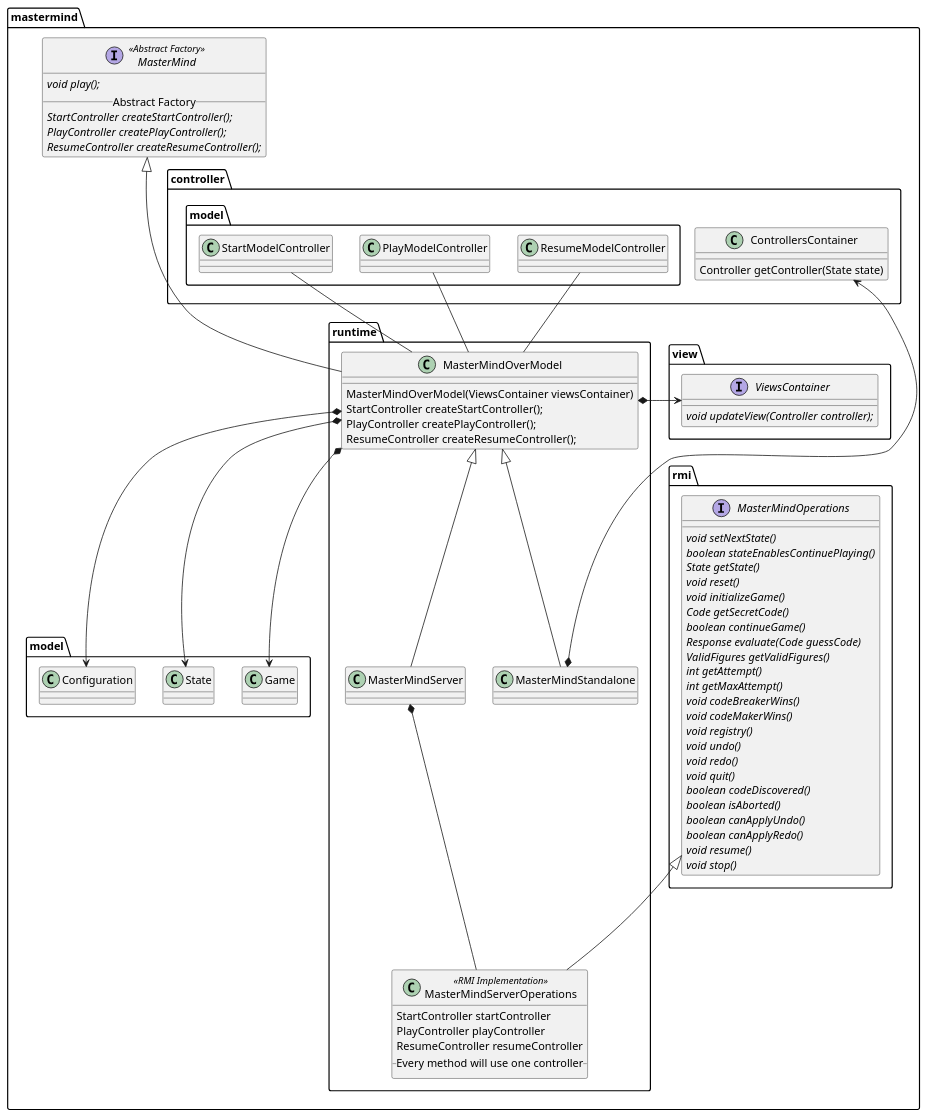
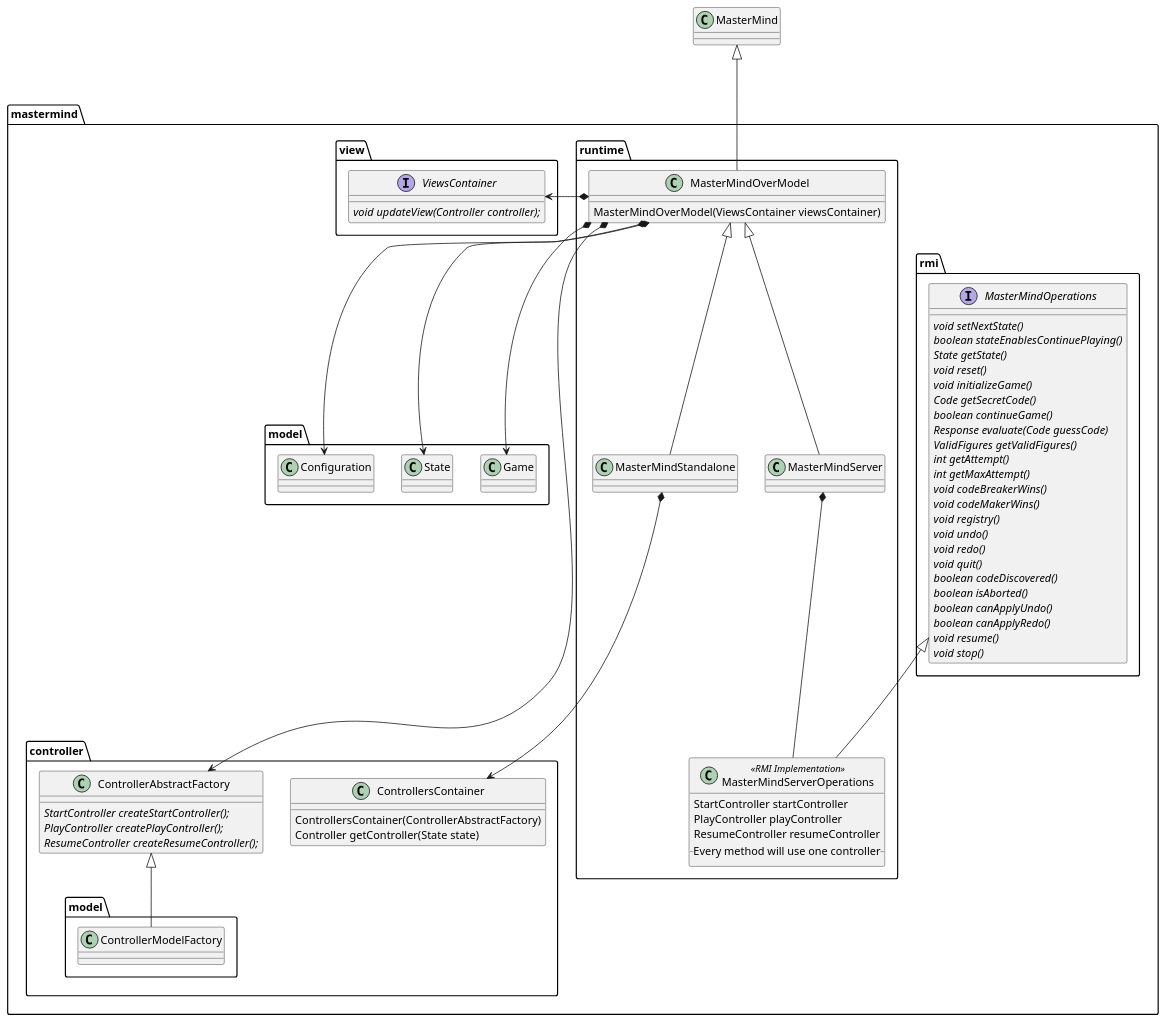
One commit to ciscoruiz/mastermind changed the diagram in doc/mastermind.runtime.overmodel.puml. Above: the diagram before and after it, drawn with PlantUML. The commit also changed 1 other file, not shown here.

Commit message:
Include ControllerAbstract factory into mastermind.runtime diagram

```diff
--- a/doc/mastermind.runtime.overmodel.puml
+++ b/doc/mastermind.runtime.overmodel.puml
@@ -1,106 +1,92 @@
 @startuml
 
-package mastermind {
-   interface MasterMind  <<Abstract Factory>>  {
-      {abstract}void play();
-      __Abstract Factory__
+package mastermind.controller {
+   class ControllersContainer {
+      ControllersContainer(ControllerAbstractFactory)
+      Controller getController(State state)
+   }
+
+   class ControllerAbstractFactory {
       {abstract}StartController createStartController();
       {abstract}PlayController createPlayController();
       {abstract}ResumeController createResumeController();
    }
-}
 
-package mastermind.controller {
-   class ControllersContainer {
-      Controller getController(State state)
+   package model {
+      class ControllerModelFactory
    }
+
+   ControllerAbstractFactory <|-- ControllerModelFactory
 }
 
 package mastermind.rmi {
    interface MasterMindOperations {
        {abstract}void setNextState()
        {abstract}boolean stateEnablesContinuePlaying()
        {abstract}State getState()
        {abstract}void reset()
        {abstract}void initializeGame()
        {abstract}Code getSecretCode()
        {abstract}boolean continueGame()
        {abstract}Response evaluate(Code guessCode)
        {abstract}ValidFigures getValidFigures()
        {abstract}int getAttempt()
        {abstract}int getMaxAttempt()
        {abstract}void codeBreakerWins()
        {abstract}void codeMakerWins()
        {abstract}void registry()
        {abstract}void undo()
        {abstract}void redo()
        {abstract}void quit()
        {abstract}boolean codeDiscovered()
        {abstract}boolean isAborted()
        {abstract}boolean canApplyUndo()
        {abstract}boolean canApplyRedo()
        {abstract}void resume()
        {abstract}void stop()
    }
 }
 
 package mastermind.runtime {
    class MasterMindOverModel {
       MasterMindOverModel(ViewsContainer viewsContainer)
-      StartController createStartController();
-      PlayController createPlayController();
-      ResumeController createResumeController();
    }
 
    class MasterMindServerOperations <<RMI Implementation>>{
       StartController startController
       PlayController playController
       ResumeController resumeController
       __Every method will use one controller__
    }
 
    MasterMindOverModel <|-- MasterMindStandalone
    MasterMindOverModel <|-- MasterMindServer
 
    MasterMindServer *--- MasterMindServerOperations
 
    MasterMindOperations <|--- MasterMindServerOperations
 }
 
-package mastermind.controller.model {
-   class StartModelController
-   class PlayModelController
-   class ResumeModelController
-}
-
 package mastermind.model {
    class Configuration
    class Game
    class State
 }
 
 package mastermind.view {
    interface ViewsContainer {
       {abstract}void updateView(Controller controller);
    }
 }
 
-package mastermind.controller {
-    class ControllersContainer
-}
-
 MasterMind <|--- MasterMindOverModel
 
 MasterMindOverModel *-> Game
 MasterMindOverModel *-> State
 MasterMindOverModel *--> Configuration
 MasterMindOverModel *-left-> ViewsContainer
+MasterMindOverModel *--> ControllerAbstractFactory
 
 MasterMindStandalone *-down--> ControllersContainer
 
-MasterMindOverModel -up- StartModelController
-MasterMindOverModel -up- PlayModelController
-MasterMindOverModel -up- ResumeModelController
-
-
 @enduml
```
